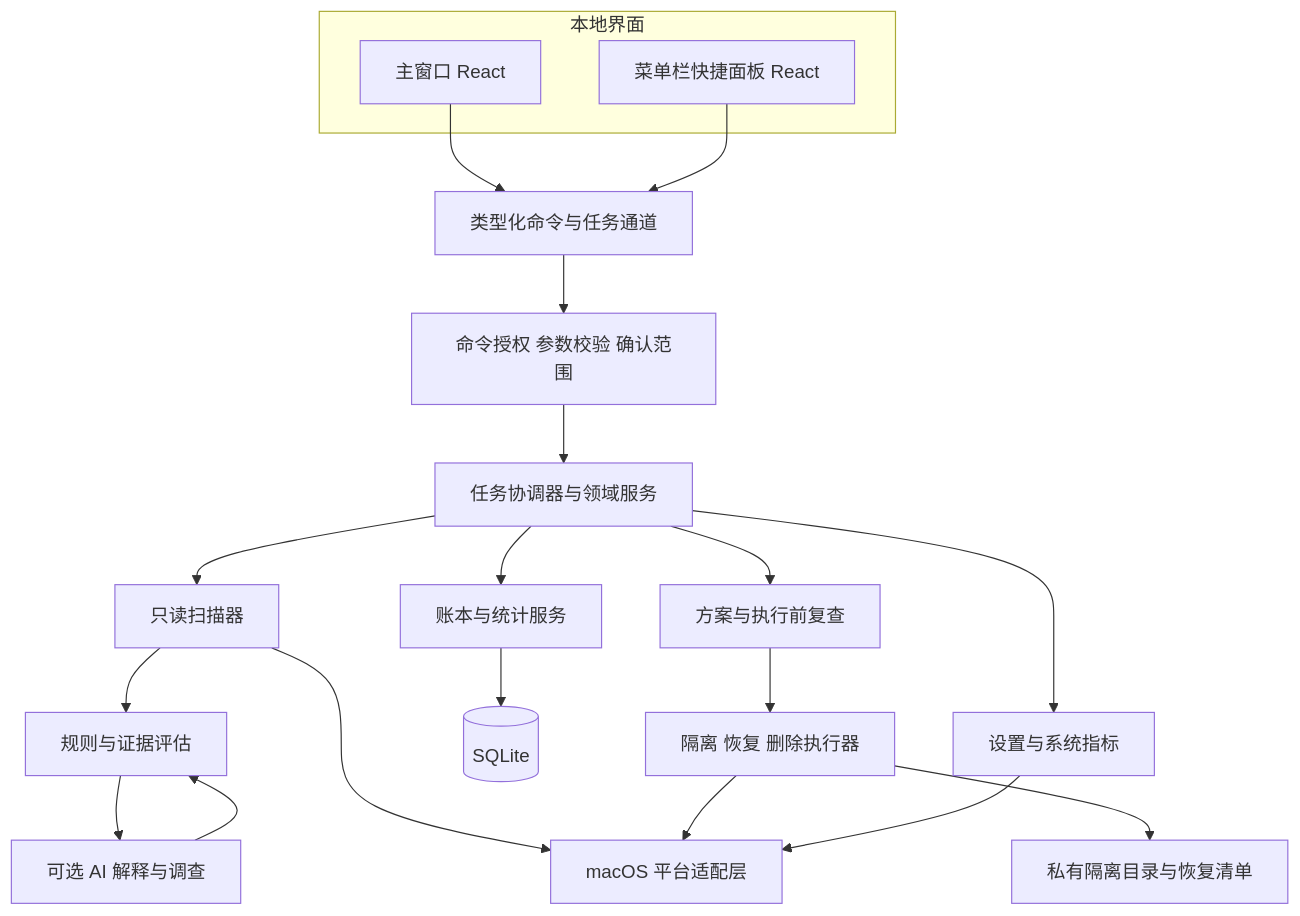
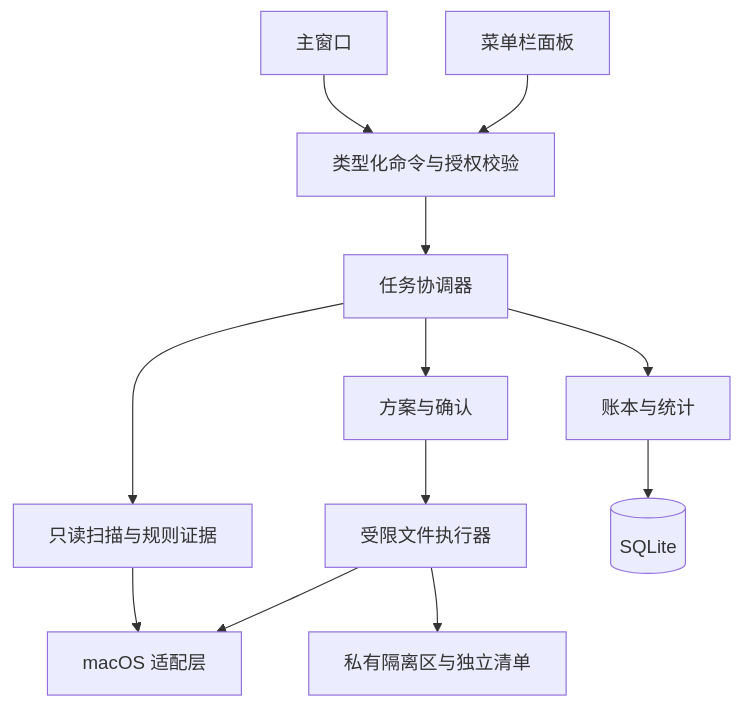
The diagram in docs/technical-architecture.md (ninthmonee/chengqing-cleaner), drawn with Mermaid before and after one commit. The commit also changed other lines of this file and 6 other files, not shown here.

````diff
--- a/docs/technical-architecture.md
+++ b/docs/technical-architecture.md
@@ -40,24 +27,14 @@
 ```mermaid
 flowchart TB
-    subgraph UI[本地界面]
-        Main[主窗口 React]
-        Tray[菜单栏快捷面板 React]
-    end
-    Main --> IPC[类型化命令与任务通道]
-    Tray --> IPC
-    IPC --> Guard[命令授权 参数校验 确认范围]
-    Guard --> Coordinator[任务协调器与领域服务]
-    Coordinator --> Scanner[只读扫描器]
-    Scanner --> Rules[规则与证据评估]
-    Coordinator --> Plans[方案与执行前复查]
-    Plans --> Executor[隔离 恢复 删除执行器]
-    Coordinator --> Ledger[账本与统计服务]
-    Rules --> AI[可选 AI 解释与调查]
-    AI --> Rules
-    Scanner --> Platform[macOS 平台适配层]
+    Main[主窗口] --> Guard[类型化命令与授权校验]
+    Tray[菜单栏面板] --> Guard
+    Guard --> Coordinator[任务协调器]
+    Coordinator --> Scanner[只读扫描与规则证据]
+    Coordinator --> Plans[方案与确认]
+    Plans --> Executor[受限文件执行器]
+    Coordinator --> Ledger[账本与统计]
+    Ledger --> DB[(SQLite)]
+    Executor --> Vault[私有隔离区与独立清单]
+    Scanner --> Platform[macOS 适配层]
     Executor --> Platform
-    Ledger --> DB[(SQLite)]
-    Executor --> Vault[私有隔离目录与恢复清单]
-    Coordinator --> Settings[设置与系统指标]
-    Settings --> Platform
 ```
````
